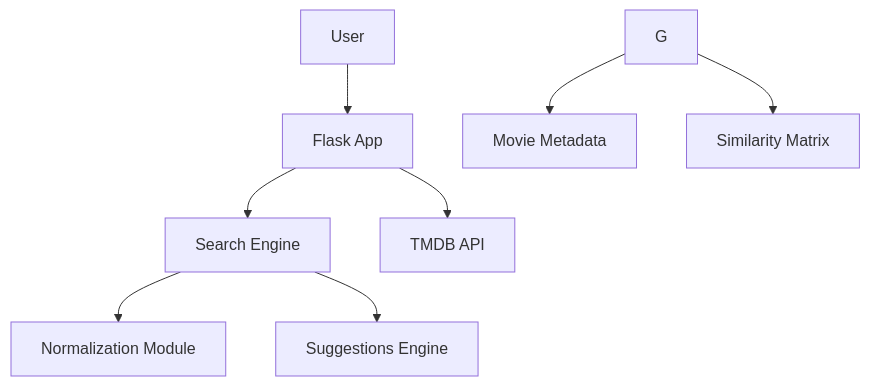
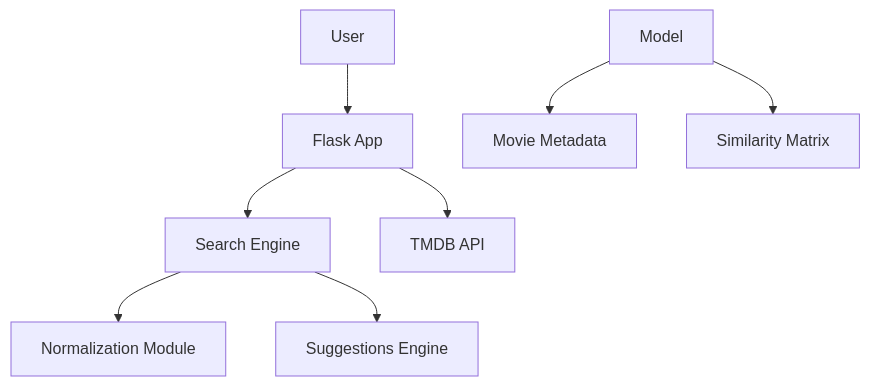
One commit to tshihab07/Movie-Recommendation-System changed the second of 2 diagrams in README.md. Above: the diagram before and after it, drawn with Mermaid. The commit also changed other lines of this file, not shown here.

````diff
--- a/README.md
+++ b/README.md
@@ -171,10 +176,10 @@
 ```mermaid
 graph TD
     A[User] --> B[Flask App]
     B --> C[Search Engine]
     C --> D[Normalization Module]
     C --> E[Suggestions Engine]
     B --> F[TMDB API]
-    G --> H[Movie Metadata]
-    G --> I[Similarity Matrix]
+    G[Model] --> H[Movie Metadata]
+    G[Model] --> I[Similarity Matrix]
 ```
````
